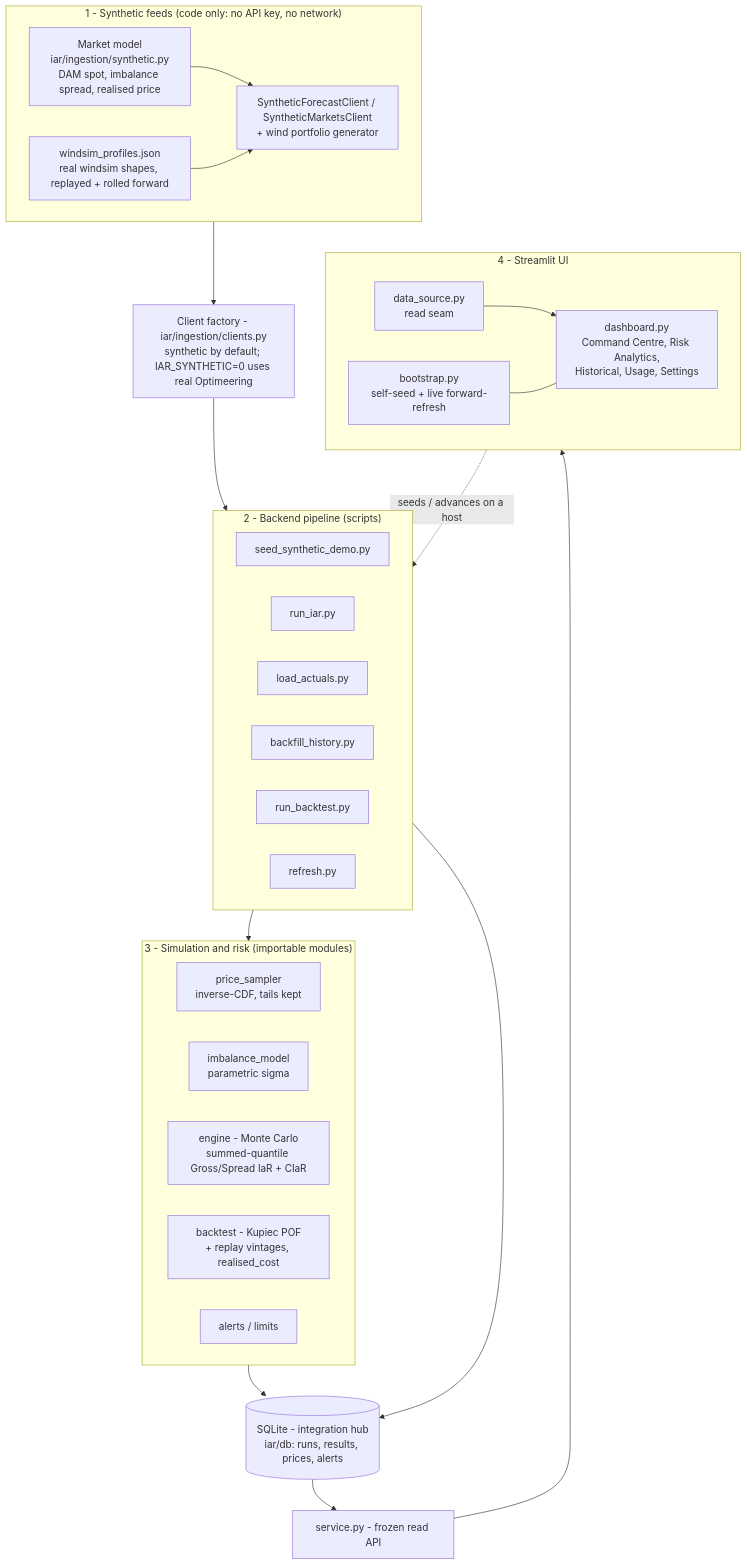
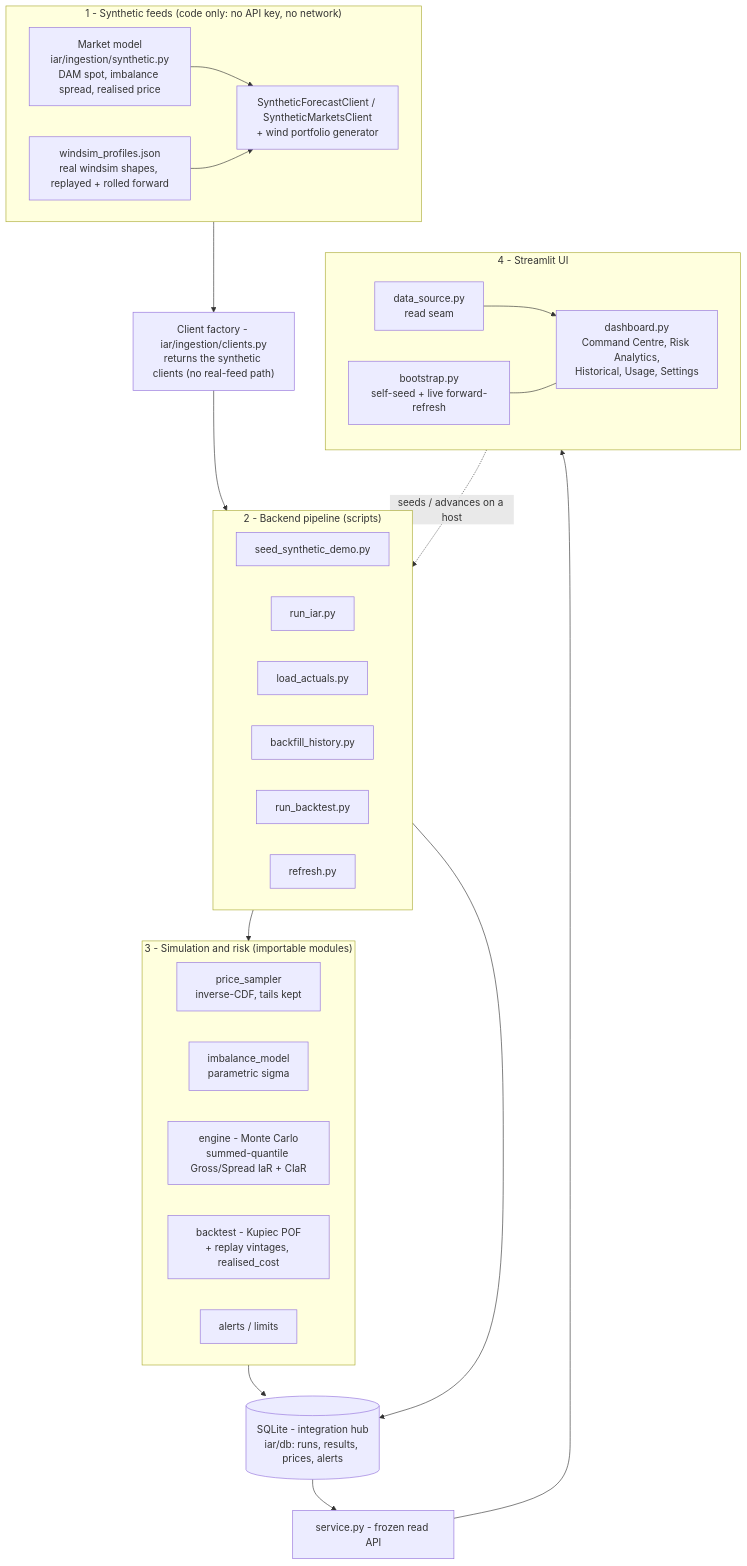
One commit to SebastianLopezV-prog/iarmvp-demo changed the diagram in README.md. Above: the diagram before and after it, drawn with Mermaid. The commit also changed other lines of this file and 19 other files, not shown here.

First line of the commit message:
Remove all real-feed functionality from the demo (synthetic only)

````diff
--- a/README.md
+++ b/README.md
@@ -102,53 +101,53 @@
 ```mermaid
 flowchart TB
     subgraph L1["1 - Synthetic feeds  (code only: no API key, no network)"]
         direction LR
         MODEL["Market model<br/>iar/ingestion/synthetic.py<br/>DAM spot, imbalance spread, realised price"]
         PROF["windsim_profiles.json<br/>real windsim shapes, replayed + rolled forward"]
         CLI["SyntheticForecastClient / SyntheticMarketsClient<br/>+ wind portfolio generator"]
         MODEL --> CLI
         PROF --> CLI
     end
 
-    FACT["Client factory - iar/ingestion/clients.py<br/>synthetic by default; IAR_SYNTHETIC=0 uses real Optimeering"]
+    FACT["Client factory - iar/ingestion/clients.py<br/>returns the synthetic clients (no real-feed path)"]
     CLI --> FACT
 
     subgraph L2["2 - Backend pipeline  (scripts)"]
         direction LR
         SEED["seed_synthetic_demo.py"]
         RUN["run_iar.py"]
         LACT["load_actuals.py"]
         BFH["backfill_history.py"]
         RBT["run_backtest.py"]
         RFR["refresh.py"]
     end
     FACT --> L2
 
     subgraph L3["3 - Simulation and risk  (importable modules)"]
         direction LR
         PSAMP["price_sampler<br/>inverse-CDF, tails kept"]
         IMOD["imbalance_model<br/>parametric sigma"]
         ENGINE["engine - Monte Carlo<br/>summed-quantile Gross/Spread IaR + CIaR"]
         KUP["backtest - Kupiec POF<br/>+ replay vintages, realised_cost"]
         ALERT["alerts / limits"]
     end
     L2 --> L3
 
     DB[("SQLite - integration hub<br/>iar/db: runs, results, prices, alerts")]
     L3 --> DB
     L2 --> DB
 
     SVC["service.py - frozen read API"]
     DB --> SVC
 
     subgraph L4["4 - Streamlit UI"]
         direction LR
         DSRC["data_source.py<br/>read seam"]
         DASH["dashboard.py<br/>Command Centre, Risk Analytics,<br/>Historical, Usage, Settings"]
         BOOT["bootstrap.py<br/>self-seed + live forward-refresh"]
         DSRC --> DASH
         BOOT --- DASH
     end
     SVC --> DSRC
     BOOT -. "seeds / advances on a host" .-> L2
 ```
````
